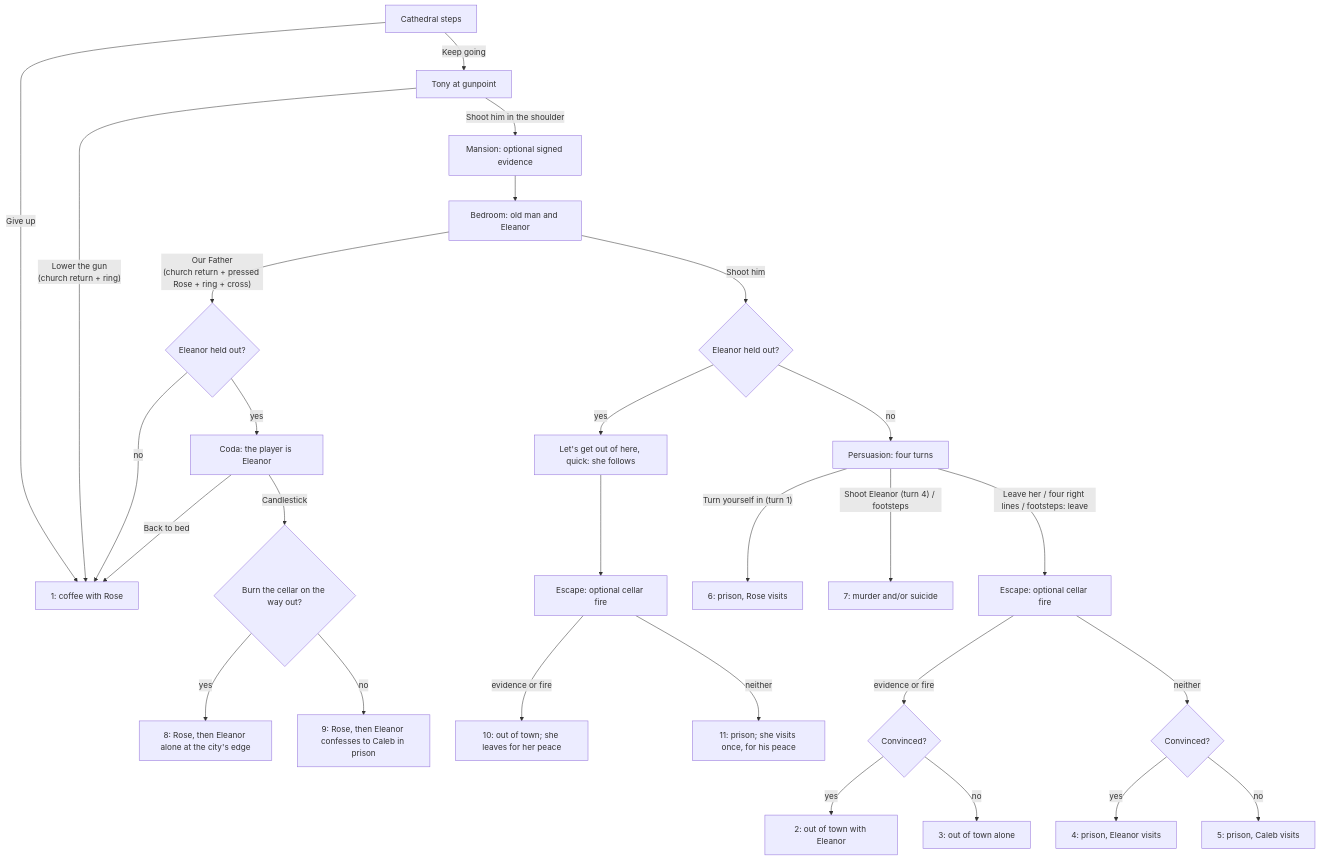
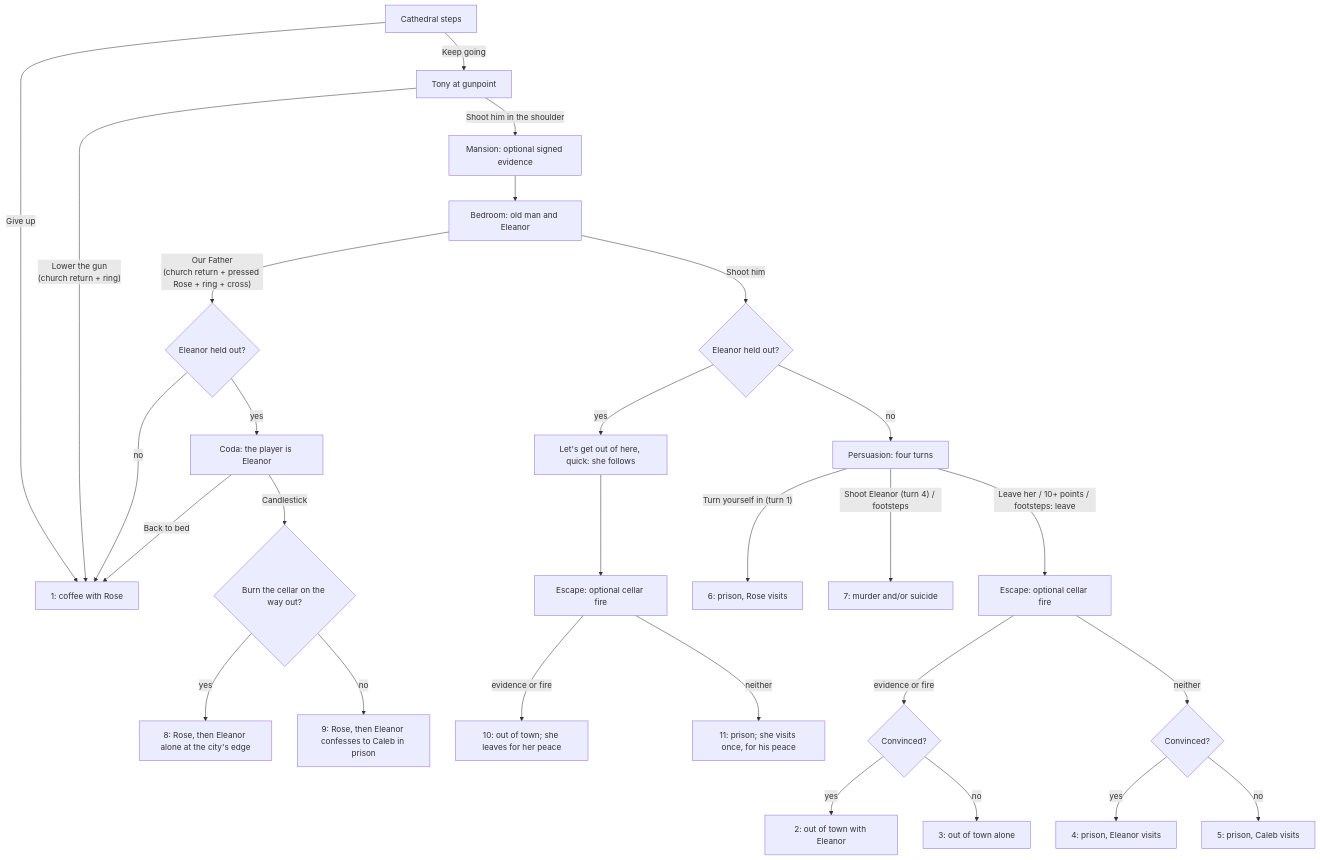
One commit to MaxDac/Repentance changed the diagram in docs/story-overview.md. Above: the diagram before and after it, drawn with Mermaid. The commit also changed other lines of this file and 9 other files, not shown here.

````diff
--- a/docs/story-overview.md
+++ b/docs/story-overview.md
@@ -201,30 +201,30 @@
 ```mermaid
 flowchart TD
     steps["Cathedral steps"] -- "Give up" --> E1["1: coffee with Rose"]
     steps -- "Keep going" --> tony["Tony at gunpoint"]
     tony -- "Lower the gun<br/>(church return + ring)" --> E1
     tony -- "Shoot him in the shoulder" --> mansion["Mansion: optional signed evidence"]
     mansion --> bedroom["Bedroom: old man and Eleanor"]
     bedroom -- "Our Father<br/>(church return + pressed Rose + ring + cross)" --> prayer{"Eleanor held out?"}
     prayer -- no --> E1
     prayer -- yes --> coda["Coda: the player is Eleanor"]
     coda -- "Back to bed" --> E1
     coda -- "Candlestick" --> out{"Burn the cellar on the way out?"}
     out -- yes --> E8["8: Rose, then Eleanor alone at the city's edge"]
     out -- no --> E9["9: Rose, then Eleanor confesses to Caleb in prison"]
     bedroom -- "Shoot him" --> shot{"Eleanor held out?"}
     shot -- yes --> weary["Let's get out of here, quick: she follows"]
     weary --> wescape["Escape: optional cellar fire"]
     wescape -- "evidence or fire" --> E10["10: out of town; she leaves for her peace"]
     wescape -- "neither" --> E11["11: prison; she visits once, for his peace"]
     shot -- no --> persuade["Persuasion: four turns"]
     persuade -- "Turn yourself in (turn 1)" --> E6["6: prison, Rose visits"]
     persuade -- "Shoot Eleanor (turn 4) / footsteps" --> E7["7: murder and/or suicide"]
-    persuade -- "Leave her / four right lines / footsteps: leave" --> escape["Escape: optional cellar fire"]
+    persuade -- "Leave her / 10+ points / footsteps: leave" --> escape["Escape: optional cellar fire"]
     escape -- "evidence or fire" --> free{"Convinced?"}
     escape -- "neither" --> jail{"Convinced?"}
     free -- yes --> E2["2: out of town with Eleanor"]
     free -- no --> E3["3: out of town alone"]
     jail -- yes --> E4["4: prison, Eleanor visits"]
     jail -- no --> E5["5: prison, Caleb visits"]
 ```
````
